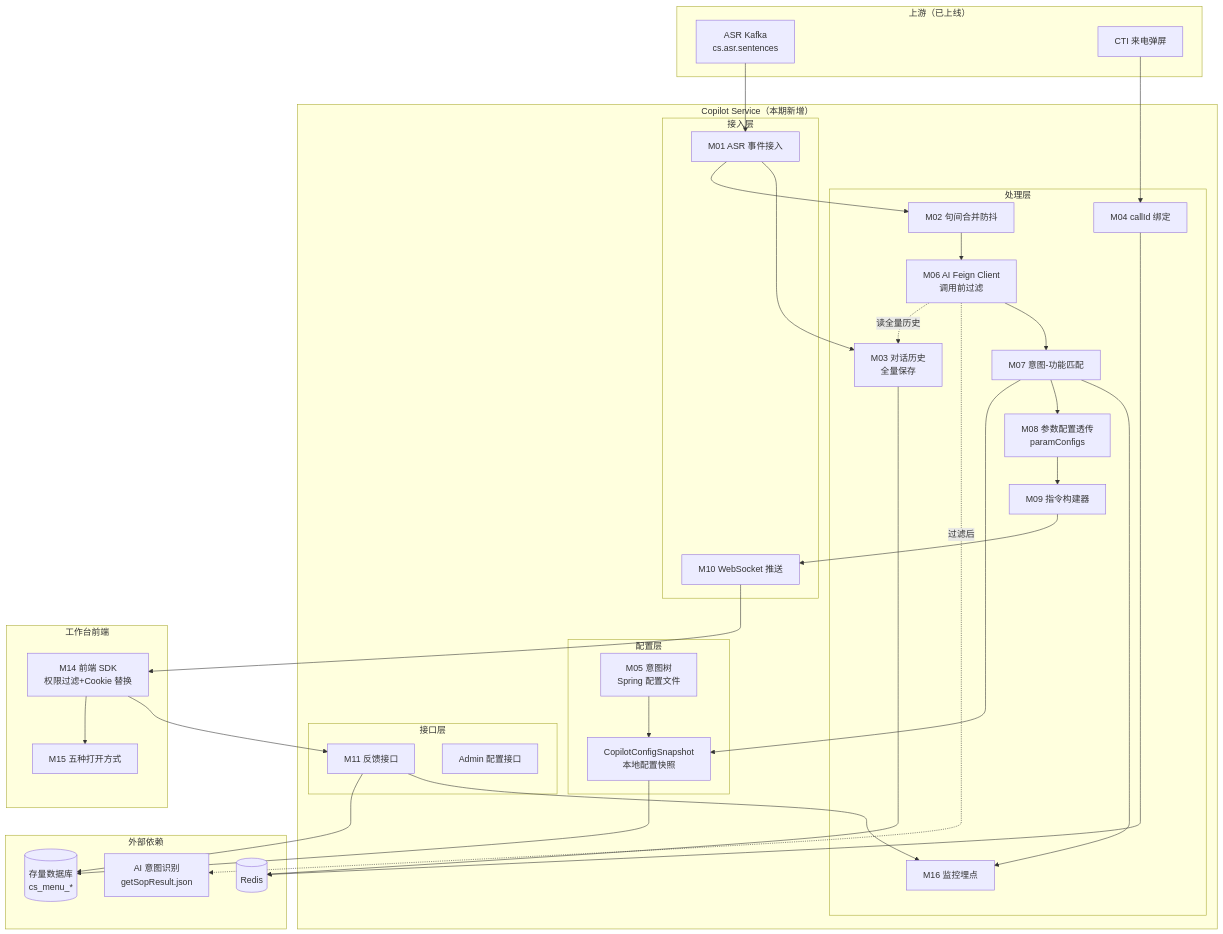
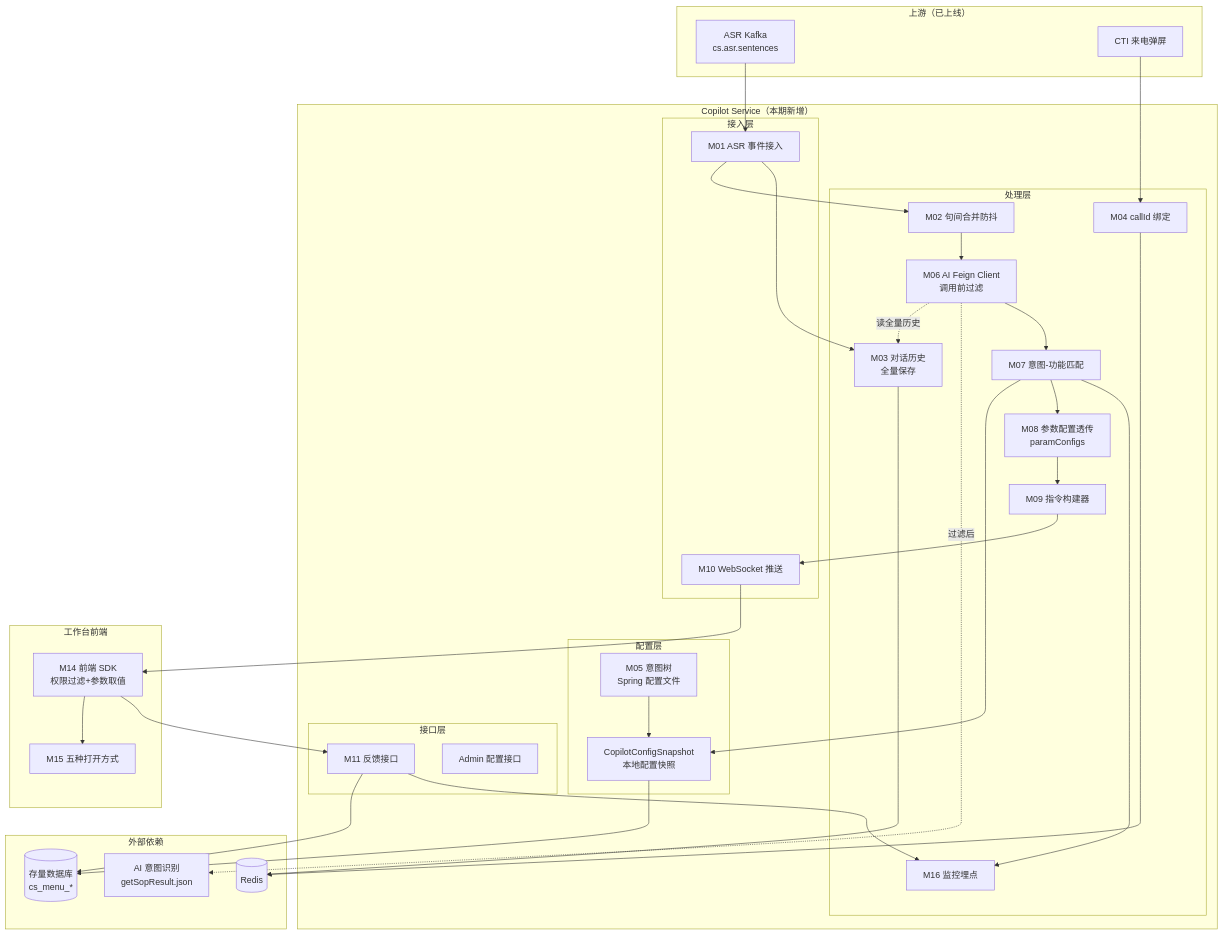
The first of 24 diagrams in cs-copilot-service/docs/dd-v1.2.md (qzz617/copilot), drawn with Mermaid before and after one commit. The commit also changed other lines of this file and 11 other files, not shown here.

````diff
--- a/cs-copilot-service/docs/dd-v1.2.md
+++ b/cs-copilot-service/docs/dd-v1.2.md
@@ -266,66 +266,66 @@
 ```mermaid
 graph TB
     subgraph 上游["上游（已上线）"]
         ASR[ASR Kafka<br/>cs.asr.sentences]
         CTI[CTI 来电弹屏]
     end
 
     subgraph CopilotService["Copilot Service（本期新增）"]
         subgraph 接入["接入层"]
             M01[M01 ASR 事件接入]
             M10[M10 WebSocket 推送]
         end
         subgraph 处理["处理层"]
             M02[M02 句间合并防抖]
             M03[M03 对话历史<br/>全量保存]
             M04[M04 callId 绑定]
             M06[M06 AI Feign Client<br/>调用前过滤]
             M07[M07 意图-功能匹配]
             M08[M08 参数配置透传<br/>paramConfigs]
             M09[M09 指令构建器]
             M16[M16 监控埋点]
         end
         subgraph 配置["配置层"]
             M05[M05 意图树<br/>Spring 配置文件]
             CACHE[CopilotConfigSnapshot<br/>本地配置快照]
         end
         subgraph 接口["接口层"]
             M11[M11 反馈接口]
             ADMIN[Admin 配置接口]
         end
     end
 
     subgraph External["外部依赖"]
         AI[AI 意图识别<br/>getSopResult.json]
         DB[(存量数据库<br/>cs_menu_*)]
         REDIS[(Redis)]
     end
 
     subgraph Frontend["工作台前端"]
-        SDK[M14 前端 SDK<br/>权限过滤+Cookie 替换]
+        SDK[M14 前端 SDK<br/>权限过滤+参数取值]
         OPEN[M15 五种打开方式]
     end
 
     ASR --> M01
     CTI --> M04
     M01 --> M02
     M01 --> M03
     M02 --> M06
     M06 -.读全量历史.-> M03
     M06 -.过滤后.-> AI
     M06 --> M07
     M07 --> CACHE
     M07 --> M08
     M08 --> M09
     M09 --> M10
     M10 --> SDK
     SDK --> OPEN
     M03 --> REDIS
     M04 --> REDIS
     M05 --> CACHE
     CACHE --> DB
     SDK --> M11
     M11 --> DB
     M11 --> M16
     M07 --> M16
 ```
````
